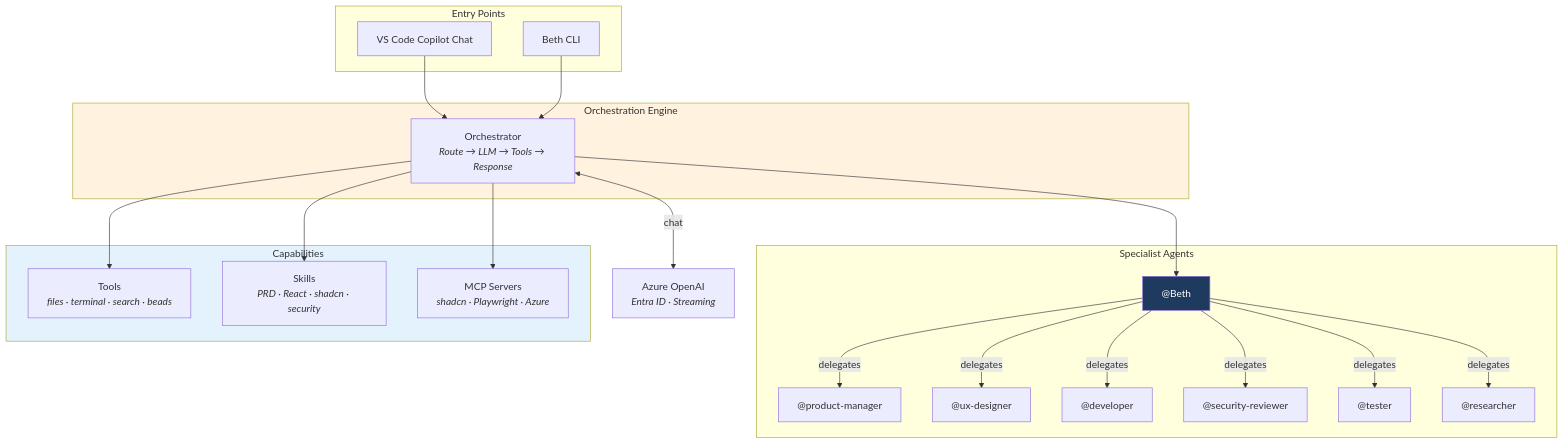
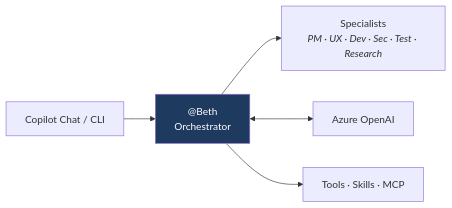
The first of 7 diagrams in README.md (shyamsridhar123/ATV-AgentSkillsDemo), drawn with Mermaid before and after one commit. The commit also changed other lines of this file and 2 other files, not shown here.

First line of the commit message:
beth-dre: Simplify mermaid diagrams and remove A2A branding

````diff
--- a/README.md
+++ b/README.md
@@ -35,39 +35,9 @@
 ```mermaid
-flowchart TB
-    subgraph Input["Entry Points"]
-        Copilot["VS Code Copilot Chat"]
-        CLI["Beth CLI"]
-    end
-
-    subgraph Engine["Orchestration Engine"]
-        Orch["Orchestrator<br/><i>Route → LLM → Tools → Response</i>"]
-    end
-
-    subgraph Agents["Specialist Agents"]
-        Beth["@Beth"]
-        PM["@product-manager"]
-        UX["@ux-designer"]
-        Dev["@developer"]
-        Sec["@security-reviewer"]
-        Test["@tester"]
-        Res["@researcher"]
-    end
-
-    subgraph Capabilities["Capabilities"]
-        Tools["Tools<br/><i>files · terminal · search · beads</i>"]
-        Skills["Skills<br/><i>PRD · React · shadcn · security</i>"]
-        MCPs["MCP Servers<br/><i>shadcn · Playwright · Azure</i>"]
-    end
-
-    LLM["Azure OpenAI<br/><i>Entra ID · Streaming</i>"]
-
-    Copilot & CLI --> Orch
-    Orch --> Beth
-    Beth -->|"delegates"| PM & UX & Dev & Sec & Test & Res
-    Orch <-->|"chat"| LLM
-    Orch --> Tools & Skills & MCPs
+flowchart LR
+    Input["Copilot Chat / CLI"] --> Beth["@Beth<br/>Orchestrator"]
+    Beth --> Agents["Specialists<br/><i>PM · UX · Dev · Sec · Test · Research</i>"]
+    Beth <--> LLM["Azure OpenAI"]
+    Beth --> Capabilities["Tools · Skills · MCP"]
 
     style Beth fill:#1e3a5f,color:#fff
-    style Engine fill:#fff3e0
-    style Capabilities fill:#e3f2fd
 ```
````
